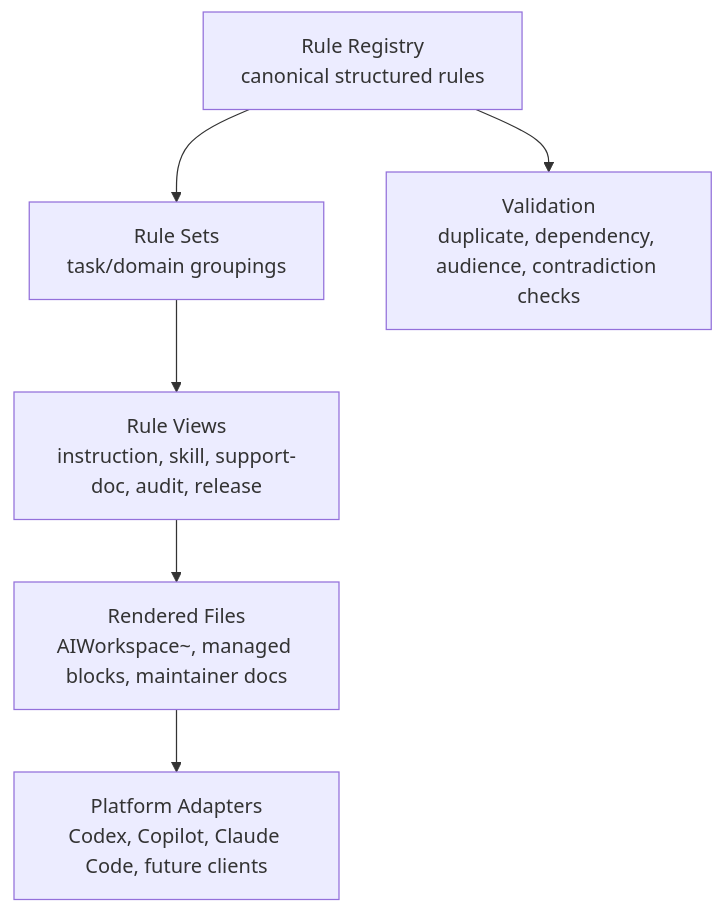
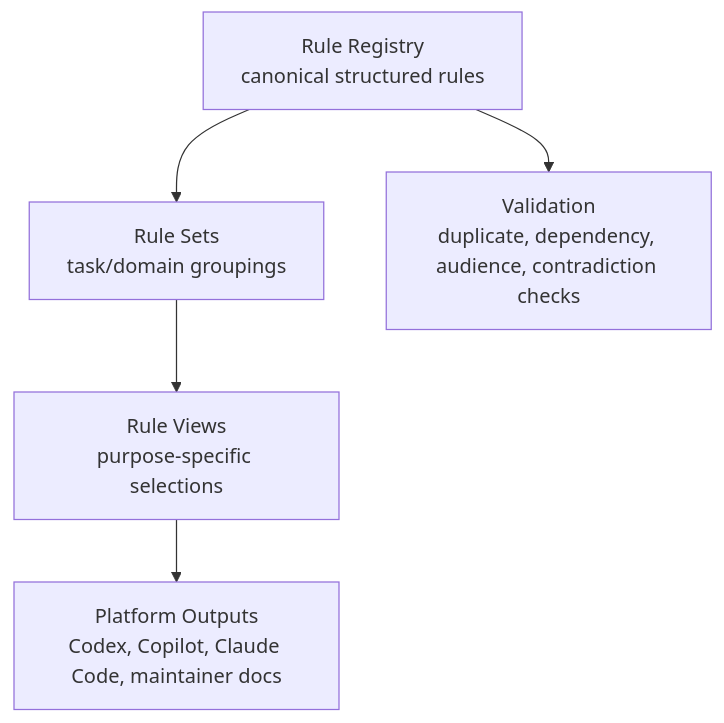
Before and after one commit to LukasChen/EFrameWork: the diagram in tools/MaintainerAIWorkspace/AI_RULE_INFORMATION_ARCHITECTURE.md, drawn with Mermaid. The commit also changed other lines of this file and 1 other file, not shown here.

Commit message:
Merge rendered files into platform outputs

````diff
--- a/tools/MaintainerAIWorkspace/AI_RULE_INFORMATION_ARCHITECTURE.md
+++ b/tools/MaintainerAIWorkspace/AI_RULE_INFORMATION_ARCHITECTURE.md
@@ -15,8 +15,7 @@
 ```mermaid
 graph TD
     A["Rule Registry<br/>canonical structured rules"] --> B["Rule Sets<br/>task/domain groupings"]
-    B --> C["Rule Views<br/>instruction, skill, support-doc, audit, release"]
-    C --> D["Rendered Files<br/>AIWorkspace~, managed blocks, maintainer docs"]
-    D --> E["Platform Adapters<br/>Codex, Copilot, Claude Code, future clients"]
+    B --> C["Rule Views<br/>purpose-specific selections"]
+    C --> D["Platform Outputs<br/>Codex, Copilot, Claude Code, maintainer docs"]
     A --> F["Validation<br/>duplicate, dependency, audience, contradiction checks"]
 ```
````
